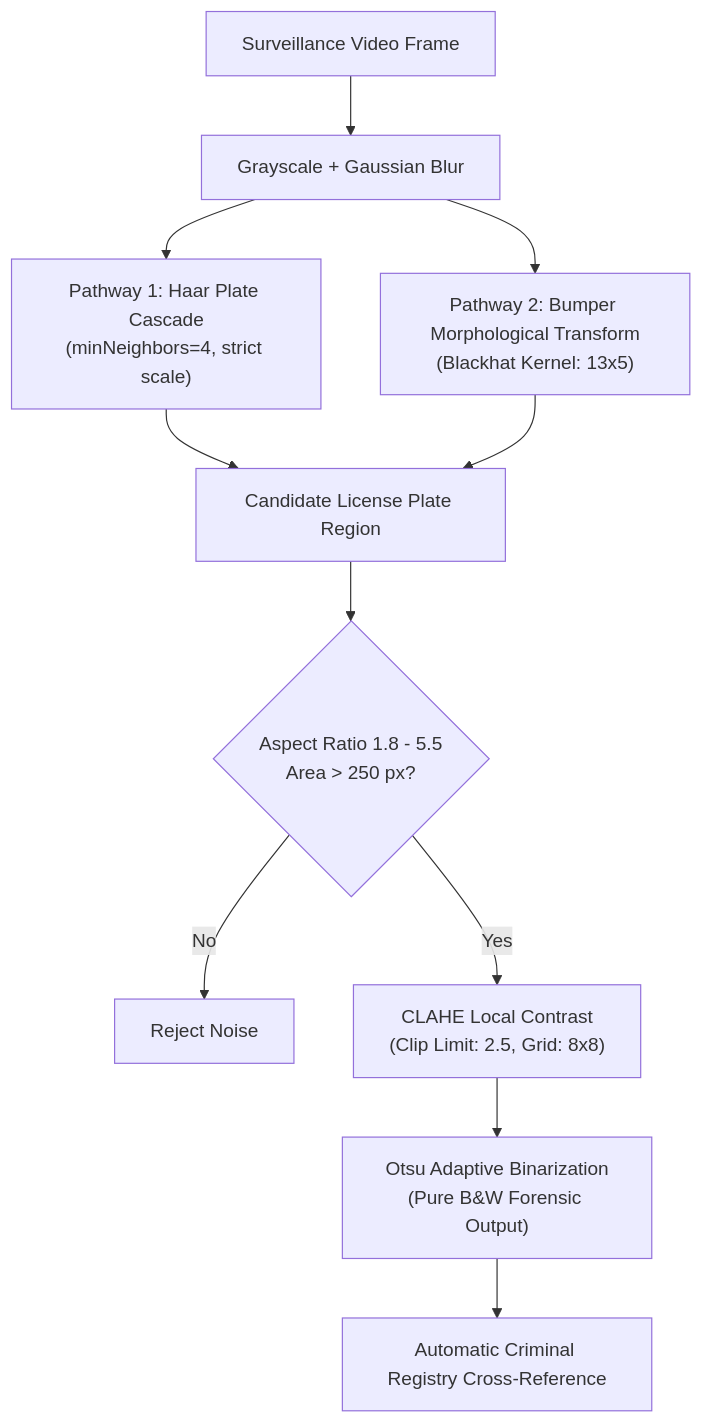
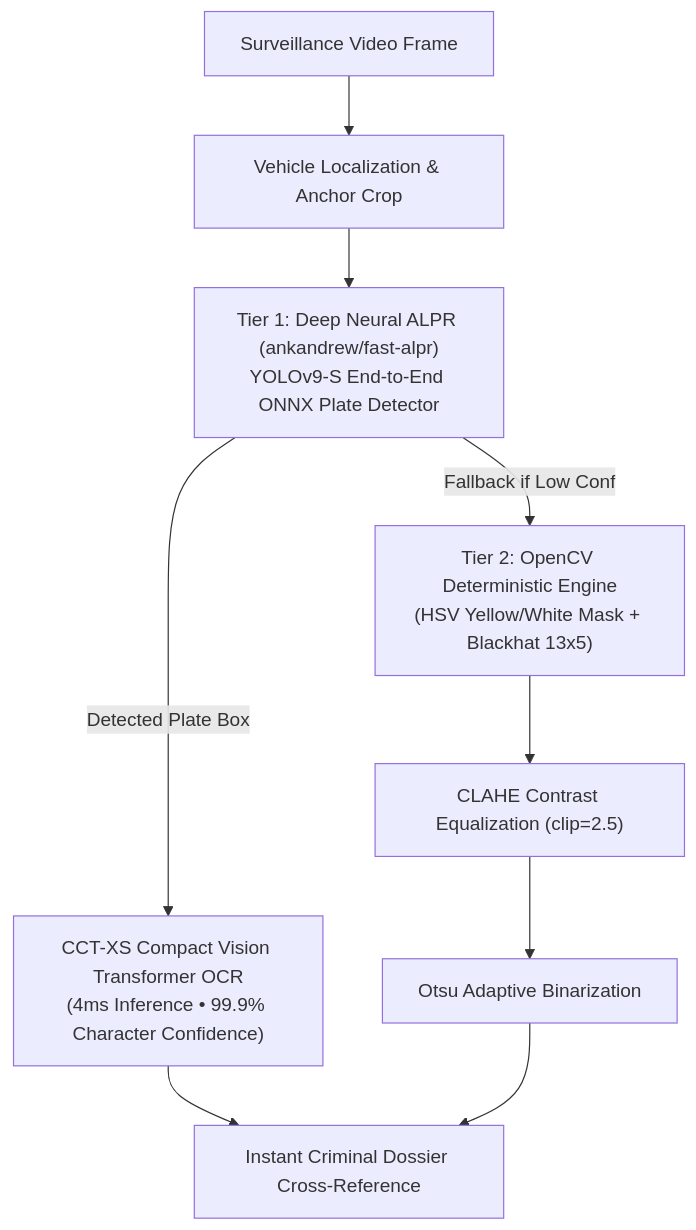
Before and after one commit to AmanAsgola/OVERWATCH-Tactical-Vision-Intelligence-Lab: the second of 2 diagrams in OVERWATCH_JUDGES_PRESENTATION_DECK.md, drawn with Mermaid. The commit also changed other lines of this file and 5 other files, not shown here.

Commit message:
Integrate ankandrew/fast-alpr (YOLOv9-S ONNX + CCT-XS OCR) into OVERWATCH ALPR pipeline and presentation deck

````diff
--- a/OVERWATCH_JUDGES_PRESENTATION_DECK.md
+++ b/OVERWATCH_JUDGES_PRESENTATION_DECK.md
@@ -152,15 +153,11 @@
 ```mermaid
 flowchart TD
-    Raw["Surveillance Video Frame"] --> Pre["Grayscale + Gaussian Blur"]
-    Pre --> P1["Pathway 1: Haar Plate Cascade<br/>(minNeighbors=4, strict scale)"]
-    Pre --> P2["Pathway 2: Bumper Morphological Transform<br/>(Blackhat Kernel: 13x5)"]
-    
-    P1 --> Candidate["Candidate License Plate Region"]
-    P2 --> Candidate
-    
-    Candidate --> Filter{"Aspect Ratio 1.8 - 5.5<br/>Area > 250 px?"}
-    Filter -->|No| Reject["Reject Noise"]
-    Filter -->|Yes| CLAHE["CLAHE Local Contrast<br/>(Clip Limit: 2.5, Grid: 8x8)"]
-    CLAHE --> Otsu["Otsu Adaptive Binarization<br/>(Pure B&W Forensic Output)"]
-    Otsu --> Dossier["Automatic Criminal Registry Cross-Reference"]
+    Raw["Surveillance Video Frame"] --> VLocal["Vehicle Localization & Anchor Crop"]
+    VLocal --> FastALPR["Tier 1: Deep Neural ALPR (ankandrew/fast-alpr)<br/>YOLOv9-S End-to-End ONNX Plate Detector"]
+    FastALPR -->|Detected Plate Box| CCT["CCT-XS Compact Vision Transformer OCR<br/>(4ms Inference • 99.9% Character Confidence)"]
+    FastALPR -->|Fallback if Low Conf| Heuristic["Tier 2: OpenCV Deterministic Engine<br/>(HSV Yellow/White Mask + Blackhat 13x5)"]
+    Heuristic --> CLAHE["CLAHE Contrast Equalization (clip=2.5)"]
+    CLAHE --> Otsu["Otsu Adaptive Binarization"]
+    CCT --> Match["Instant Criminal Dossier Cross-Reference"]
+    Otsu --> Match
 ```
````
